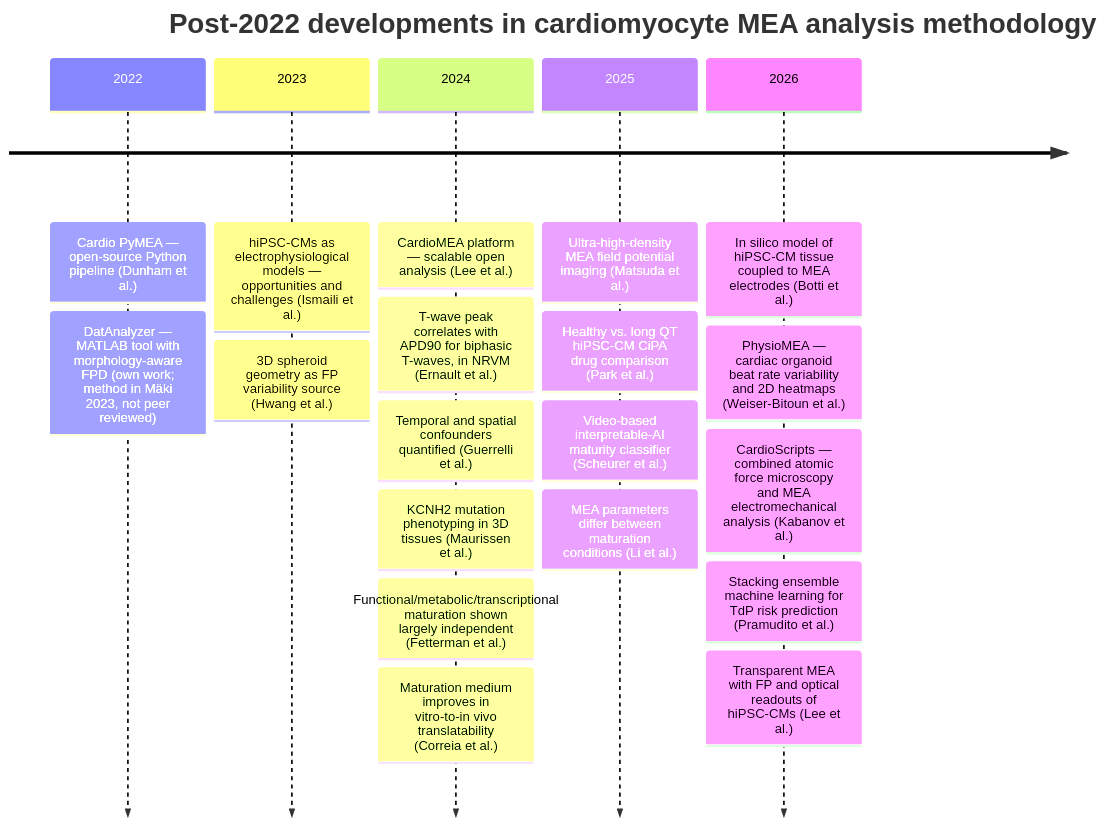
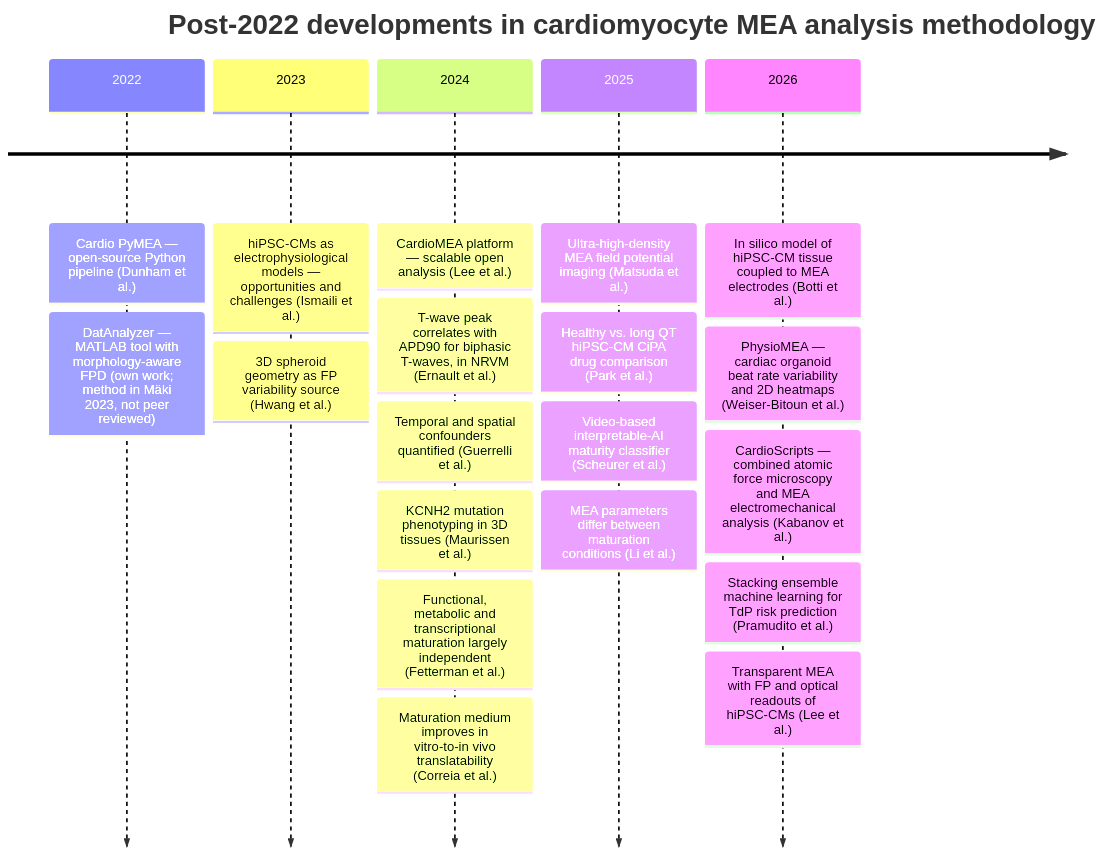
Before and after one commit to AnaHill/MEA_review_llm_wiki: the diagram in figures/fig1-timeline.mmd, drawn with Mermaid. The commit also changed 8 other files, not shown here.

Commit message:
make the fetterman label in figure 1 wrappable, re-render it, and write the whole-sentence rule into the draft step

```diff
--- a/figures/fig1-timeline.mmd
+++ b/figures/fig1-timeline.mmd
@@ -1,21 +1,21 @@
 timeline
     title Post-2022 developments in cardiomyocyte MEA analysis methodology
     2022 : Cardio PyMEA — open-source Python pipeline (Dunham et al.)
          : DatAnalyzer — MATLAB tool with morphology-aware FPD (own work; method in Mäki 2023, not peer reviewed)
     2023 : hiPSC-CMs as electrophysiological models — opportunities and challenges (Ismaili et al.)
          : 3D spheroid geometry as FP variability source (Hwang et al.)
     2024 : CardioMEA platform — scalable open analysis (Lee et al.)
          : T-wave peak correlates with APD90 for biphasic T-waves, in NRVM (Ernault et al.)
          : Temporal and spatial confounders quantified (Guerrelli et al.)
          : KCNH2 mutation phenotyping in 3D tissues (Maurissen et al.)
-         : Functional/metabolic/transcriptional maturation shown largely independent (Fetterman et al.)
+         : Functional, metabolic and transcriptional maturation largely independent (Fetterman et al.)
          : Maturation medium improves in vitro-to-in vivo translatability (Correia et al.)
     2025 : Ultra-high-density MEA field potential imaging (Matsuda et al.)
          : Healthy vs. long QT hiPSC-CM CiPA drug comparison (Park et al.)
          : Video-based interpretable-AI maturity classifier (Scheurer et al.)
          : MEA parameters differ between maturation conditions (Li et al.)
     2026 : In silico model of hiPSC-CM tissue coupled to MEA electrodes (Botti et al.)
          : PhysioMEA — cardiac organoid beat rate variability and 2D heatmaps (Weiser-Bitoun et al.)
          : CardioScripts — combined atomic force microscopy and MEA electromechanical analysis (Kabanov et al.)
          : Stacking ensemble machine learning for TdP risk prediction (Pramudito et al.)
          : Transparent MEA with FP and optical readouts of hiPSC-CMs (Lee et al.)
```
